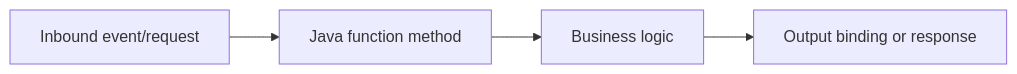
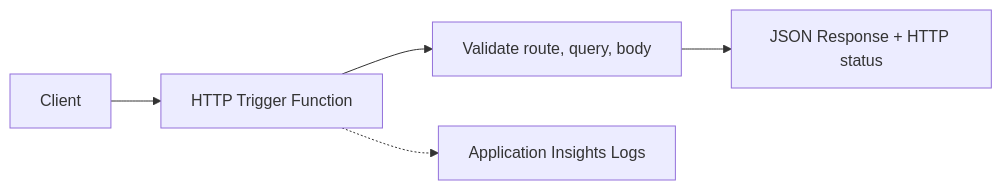
Before and after one commit to yeongseon/azure-functions-practical-guide: the diagram in docs/language-guides/java/recipes/http-api.md, drawn with Mermaid. The commit also changed other lines of this file and 217 other files, not shown here.

````diff
--- a/docs/language-guides/java/recipes/http-api.md
+++ b/docs/language-guides/java/recipes/http-api.md
@@ -7,6 +7,7 @@
 ```mermaid
 flowchart LR
-    A[Inbound event/request] --> B[Java function method]
-    B --> C[Business logic]
-    C --> D[Output binding or response]
+    CLIENT[Client] --> API[HTTP Trigger Function]
+    API --> VALIDATE[Validate route, query, body]
+    VALIDATE --> RESPONSE[JSON Response + HTTP status]
+    API -.-> APPINSIGHTS[Application Insights Logs]
 ```
````
